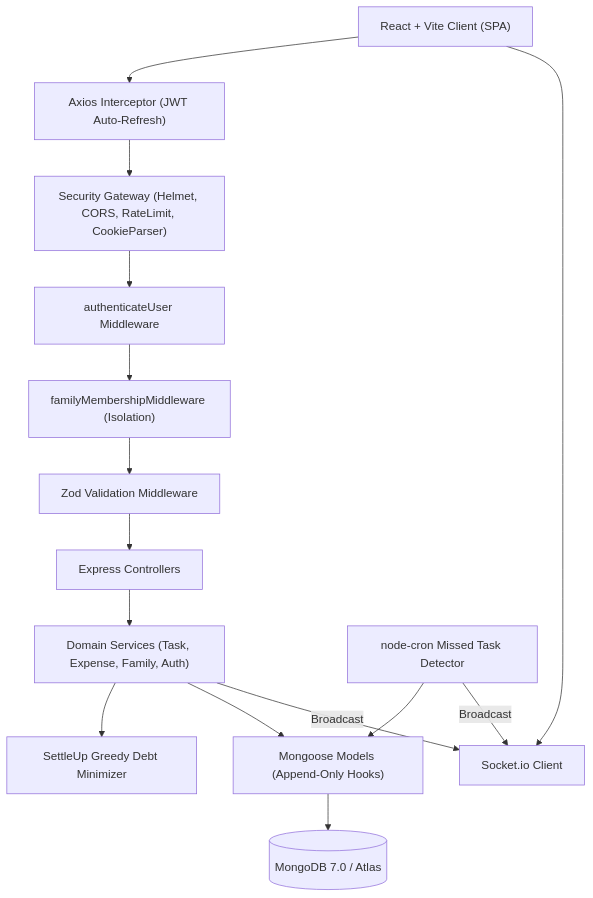
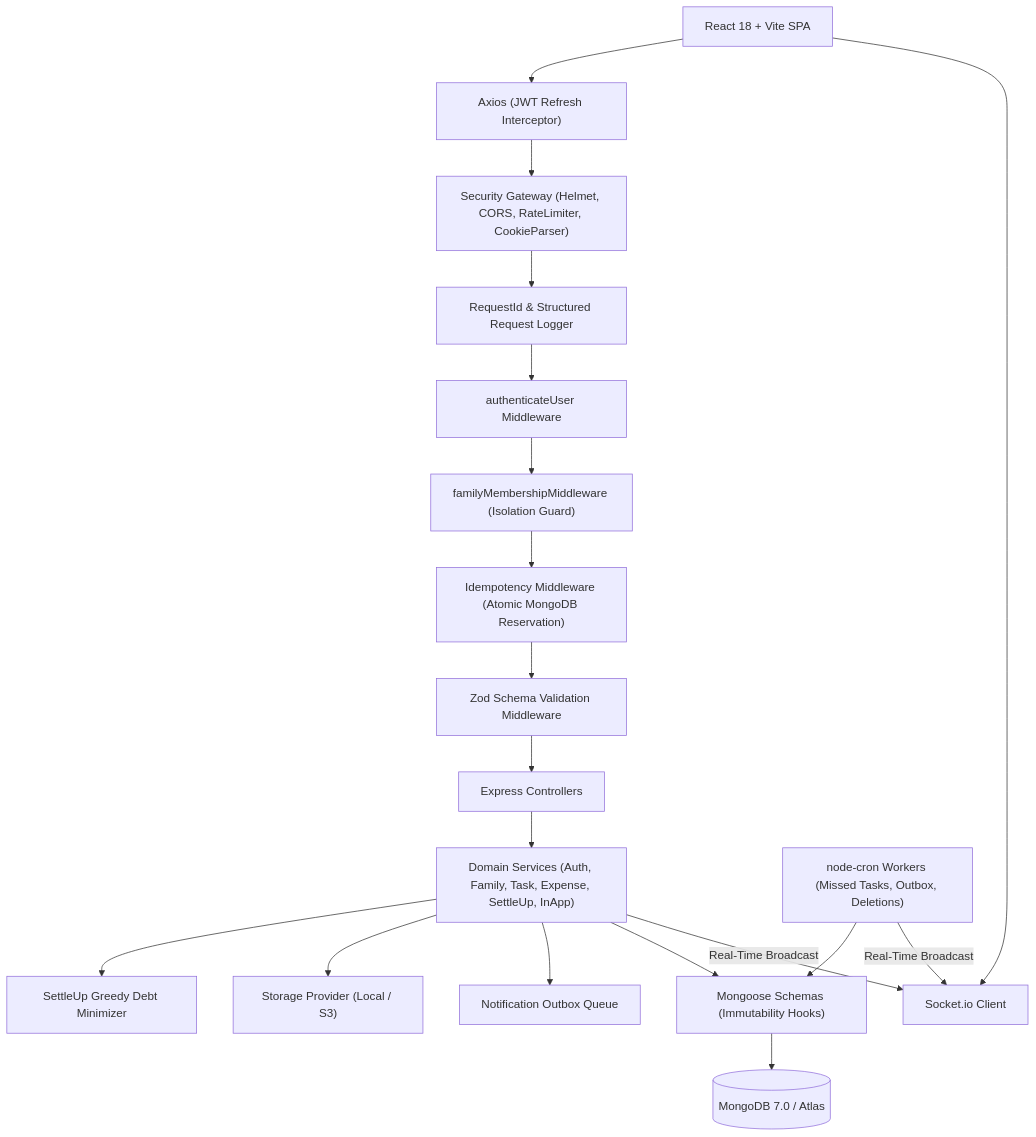
Before and after one commit to saurabhg4356/saathcare: the diagram in README.md, drawn with Mermaid. The commit also changed other lines of this file and 11 other files, not shown here.

````diff
--- a/README.md
+++ b/README.md
@@ -78,25 +73,32 @@
 ```mermaid
 flowchart TD
-    Client["React + Vite Client (SPA)"]
-    Axios["Axios Interceptor (JWT Auto-Refresh)"]
+    Client["React 18 + Vite SPA"]
+    Axios["Axios (JWT Refresh Interceptor)"]
     SocketClient["Socket.io Client"]
 
-    Gateway["Security Gateway (Helmet, CORS, RateLimit, CookieParser)"]
+    Gateway["Security Gateway (Helmet, CORS, RateLimiter, CookieParser)"]
+    ReqTrack["RequestId & Structured Request Logger"]
     AuthMW["authenticateUser Middleware"]
-    FamilyMW["familyMembershipMiddleware (Isolation)"]
-    ValMW["Zod Validation Middleware"]
+    FamilyMW["familyMembershipMiddleware (Isolation Guard)"]
+    IdempMW["Idempotency Middleware (Atomic MongoDB Reservation)"]
+    ValMW["Zod Schema Validation Middleware"]
 
     Controllers["Express Controllers"]
-    Services["Domain Services (Task, Expense, Family, Auth)"]
+    Services["Domain Services (Auth, Family, Task, Expense, SettleUp, InApp)"]
     Settlement["SettleUp Greedy Debt Minimizer"]
-    Models["Mongoose Models (Append-Only Hooks)"]
+    Outbox["Notification Outbox Queue"]
+    Storage["Storage Provider (Local / S3)"]
+    CronJobs["node-cron Workers (Missed Tasks, Outbox, Deletions)"]
+    Models["Mongoose Schemas (Immutability Hooks)"]
     MongoDB[("MongoDB 7.0 / Atlas")]
-    CronJob["node-cron Missed Task Detector"]
 
     Client --> Axios & SocketClient
-    Axios --> Gateway --> AuthMW --> FamilyMW --> ValMW --> Controllers
-    Controllers --> Services --> Settlement
+    Axios --> Gateway --> ReqTrack --> AuthMW --> FamilyMW --> IdempMW --> ValMW --> Controllers
+    Controllers --> Services
+    Services --> Settlement
+    Services --> Storage
+    Services --> Outbox
     Services --> Models --> MongoDB
-    CronJob --> Models
-    CronJob & Services -->|Broadcast| SocketClient
+    CronJobs --> Models
+    CronJobs & Services -->|Real-Time Broadcast| SocketClient
 ```
````
